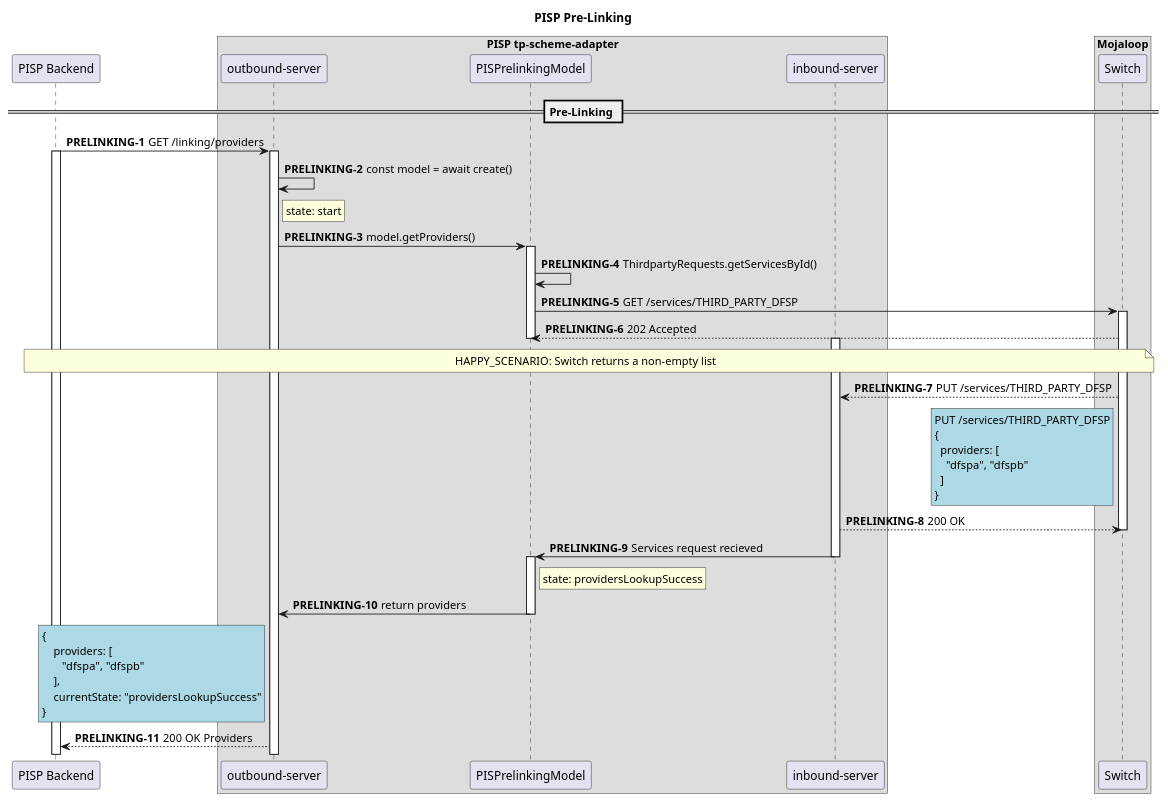
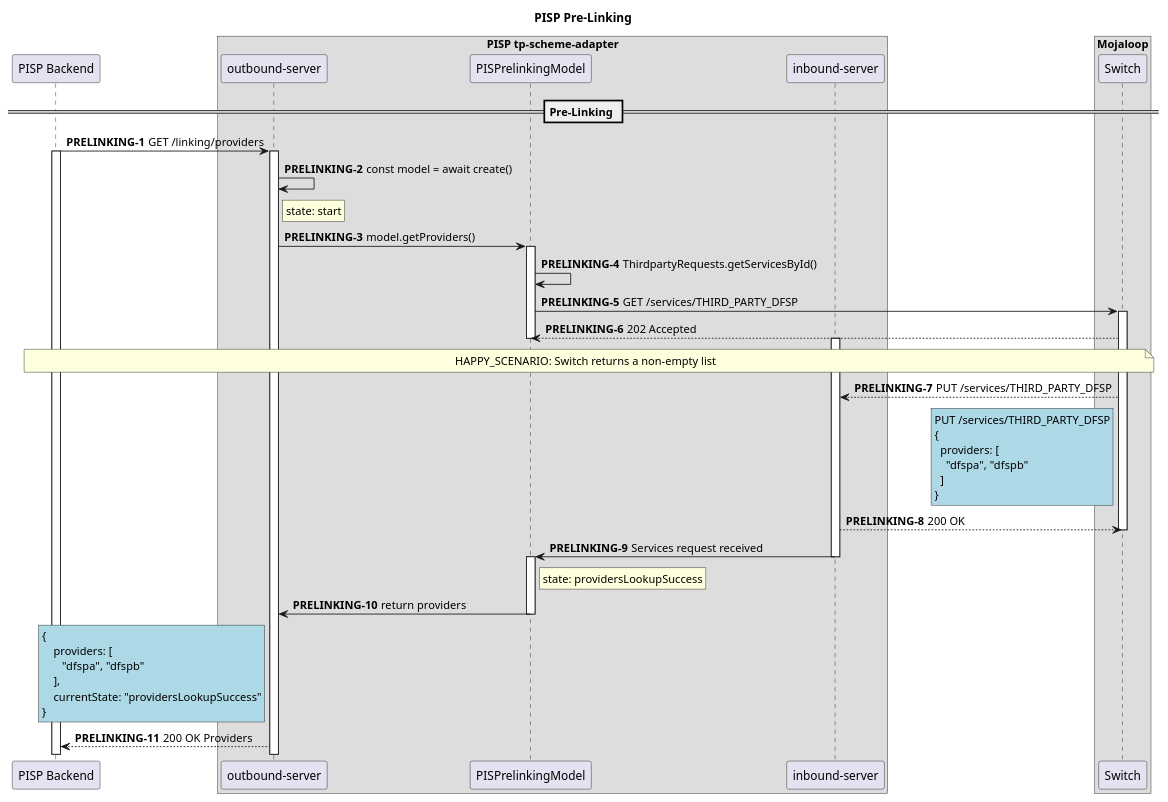
The diagram in docs/sequence/PISPPreLinkingApi.puml (mojaloop/thirdparty-sdk), drawn with PlantUML before and after one commit. The commit also changed 24 other files, not shown here.

```diff
--- a/docs/sequence/PISPPreLinkingApi.puml
+++ b/docs/sequence/PISPPreLinkingApi.puml
@@ -1,74 +1,74 @@
 @startuml
 
 title PISP Pre-Linking
 
 participant "PISP Backend" as PISP
 box "PISP tp-scheme-adapter"
   participant "outbound-server" as PISP_TP_OUT
   participant "PISPrelinkingModel" as PISP_PLM
   participant "inbound-server" as PISP_TP_IN
 end box
 box "Mojaloop"
     participant Switch
 end box
 
 == Pre-Linking ==
 autonumber 1 "<b>PRELINKING-#</b>"
 
 PISP -> PISP_TP_OUT: GET /linking/providers
 
 activate PISP
 activate PISP_TP_OUT
 
 PISP_TP_OUT -> PISP_TP_OUT: const model = await create()
 rnote right of PISP_TP_OUT: state: start
 PISP_TP_OUT -> PISP_PLM: model.getProviders()
 
 activate PISP_PLM
 
 PISP_PLM -> PISP_PLM: ThirdpartyRequests.getServicesById()
 PISP_PLM -> Switch: GET /services/THIRD_PARTY_DFSP
 
 activate Switch
 Switch --> PISP_PLM: 202 Accepted
 deactivate PISP_PLM
 
 note over PISP, Switch
   HAPPY_SCENARIO: Switch returns a non-empty list
 end note
 
 activate PISP_TP_IN
 
 Switch --> PISP_TP_IN: PUT /services/THIRD_PARTY_DFSP
 rnote left of Switch #LightBlue
 PUT /services/THIRD_PARTY_DFSP
 {
   providers: [
     "dfspa", "dfspb"
   ]
 }
 end note
 PISP_TP_IN --> Switch: 200 OK
 
 deactivate Switch
 
-PISP_TP_IN -> PISP_PLM: Services request recieved
+PISP_TP_IN -> PISP_PLM: Services request received
 
 deactivate PISP_TP_IN
 activate PISP_PLM
 
 rnote right of PISP_PLM: state: providersLookupSuccess
 PISP_PLM -> PISP_TP_OUT: return providers
 
 deactivate PISP_PLM
 rnote left of PISP_TP_OUT #LightBlue
 {
     providers: [
        "dfspa", "dfspb"
     ],
     currentState: "providersLookupSuccess"
 }
 end note
 PISP_TP_OUT --> PISP: 200 OK Providers
 
 @enduml
```
